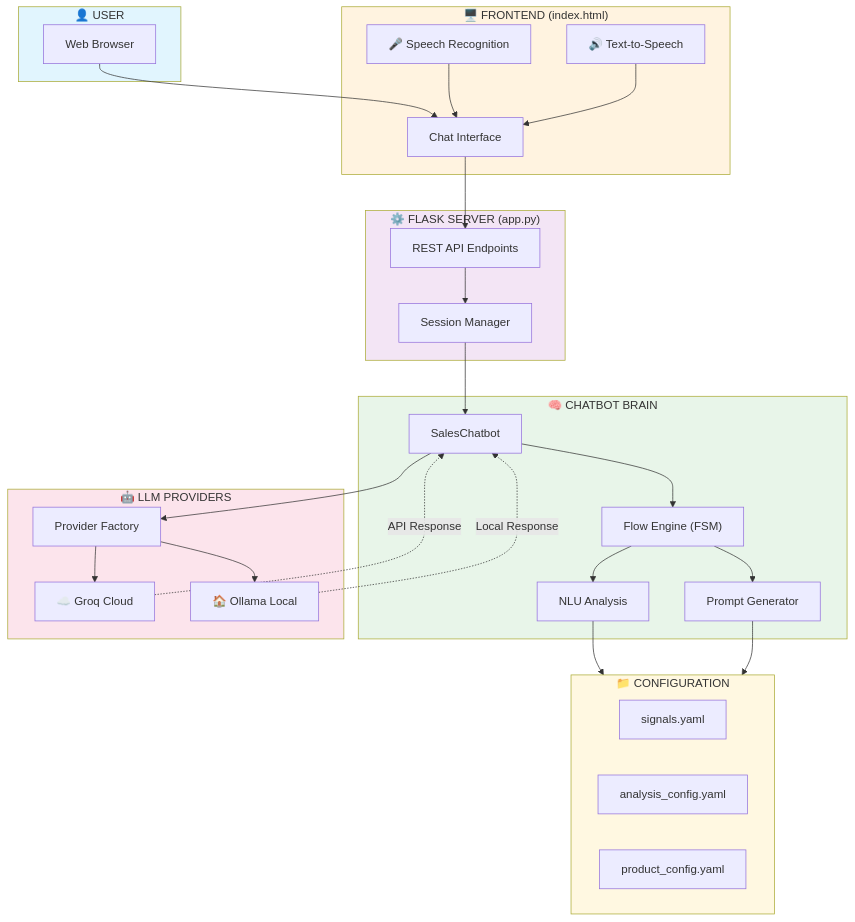
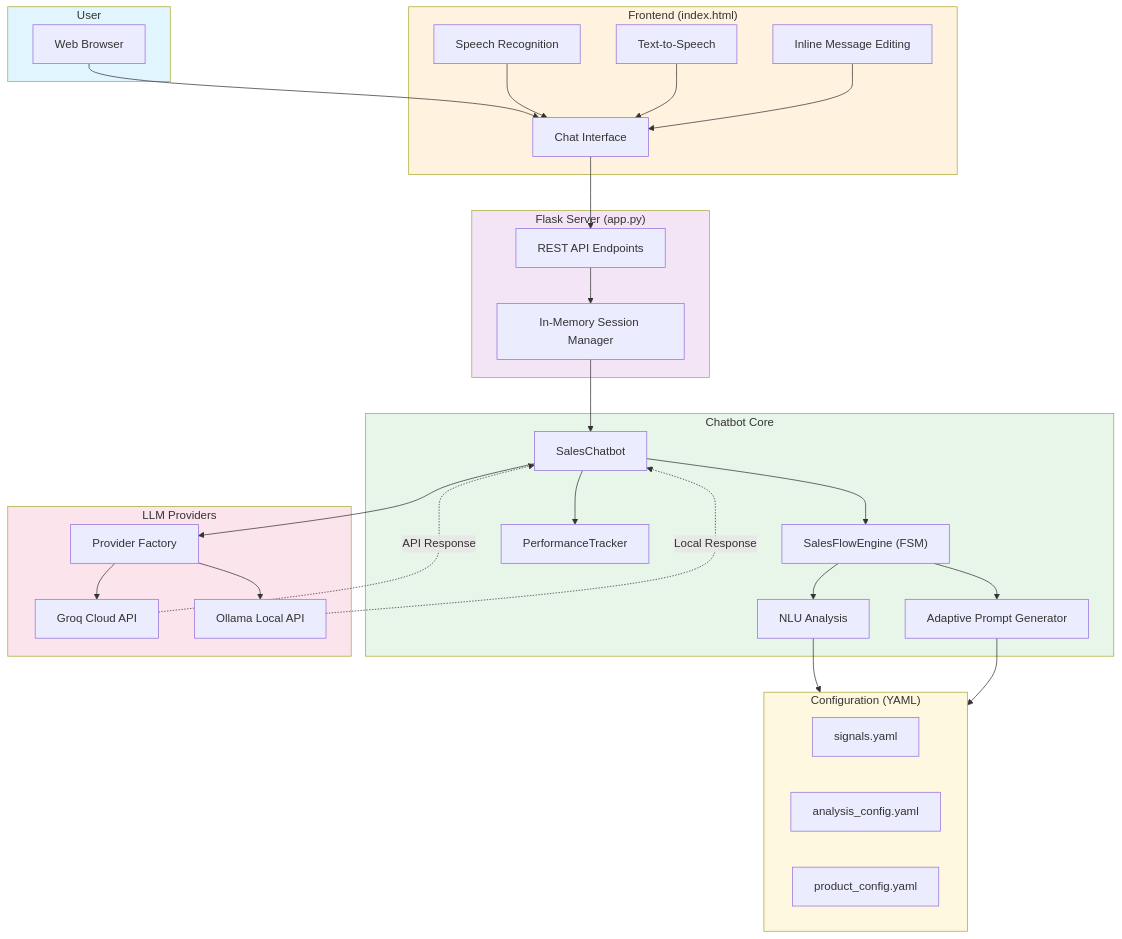
The first of 34 diagrams in architecture diagrams.md (shaf-aston/FYP-sales-training-tool), drawn with Mermaid before and after one commit. The commit also changed other lines of this file and 76 other files, not shown here.

````diff
--- a/architecture diagrams.md
+++ b/architecture diagrams.md
@@ -5,64 +5,68 @@
 ```mermaid
 flowchart TB
-    subgraph USER["👤 USER"]
+    subgraph USER["User"]
         Browser["Web Browser"]
     end
 
-    subgraph FRONTEND["🖥️ FRONTEND (index.html)"]
+    subgraph FRONTEND["Frontend (index.html)"]
         UI["Chat Interface"]
-        Speech["🎤 Speech Recognition"]
-        TTS["🔊 Text-to-Speech"]
+        Speech["Speech Recognition"]
+        TTS["Text-to-Speech"]
+        Edit["Inline Message Editing"]
     end
 
-    subgraph BACKEND["⚙️ FLASK SERVER (app.py)"]
+    subgraph BACKEND["Flask Server (app.py)"]
         API["REST API Endpoints"]
-        Sessions["Session Manager"]
+        Sessions["In-Memory Session Manager"]
     end
 
-    subgraph CORE["🧠 CHATBOT BRAIN"]
+    subgraph CORE["Chatbot Core"]
         Chatbot["SalesChatbot"]
-        FSM["Flow Engine (FSM)"]
+        FSM["SalesFlowEngine (FSM)"]
         Analysis["NLU Analysis"]
-        Prompts["Prompt Generator"]
+        Prompts["Adaptive Prompt Generator"]
+        Perf["PerformanceTracker"]
     end
 
-    subgraph LLM["🤖 LLM PROVIDERS"]
+    subgraph LLM["LLM Providers"]
         Factory["Provider Factory"]
-        Groq["☁️ Groq Cloud"]
-        Ollama["🏠 Ollama Local"]
+        Groq["Groq Cloud API"]
+        Ollama["Ollama Local API"]
     end
 
-    subgraph CONFIG["📁 CONFIGURATION"]
+    subgraph CONFIG["Configuration (YAML)"]
         YAML1["signals.yaml"]
         YAML2["analysis_config.yaml"]
         YAML3["product_config.yaml"]
     end
 
     Browser --> UI
     UI --> API
     Speech --> UI
     TTS --> UI
-    
+    Edit --> UI
+
     API --> Sessions
     Sessions --> Chatbot
-    
+
     Chatbot --> FSM
     Chatbot --> Factory
+    Chatbot --> Perf
     FSM --> Analysis
     FSM --> Prompts
     Analysis --> CONFIG
     Prompts --> CONFIG
-    
+
     Factory --> Groq
     Factory --> Ollama
-    
+
     Groq -.->|"API Response"| Chatbot
     Ollama -.->|"Local Response"| Chatbot
 
     style USER fill:#e1f5fe
     style FRONTEND fill:#fff3e0
     style BACKEND fill:#f3e5f5
     style CORE fill:#e8f5e9
     style LLM fill:#fce4ec
     style CONFIG fill:#fff8e1
 ```
````
